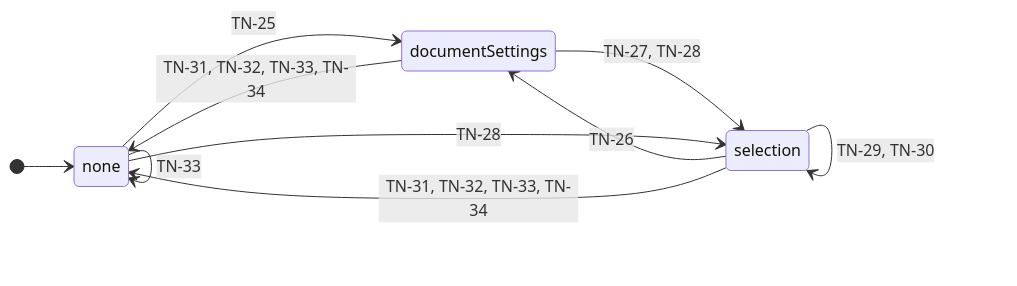
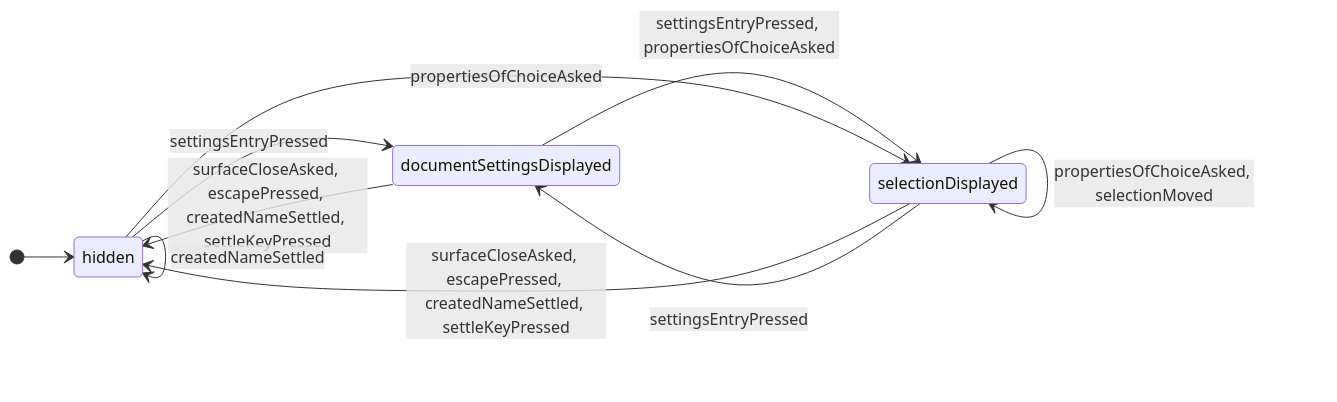
The seventh of 14 diagrams in docs/spec/_assets/tbl-state-machines.md (GoodRelax/gr-scheduler), drawn with Mermaid before and after one commit. The commit also changed other lines of this file and 22 other files, not shown here.

````diff
--- a/docs/spec/_assets/tbl-state-machines.md
+++ b/docs/spec/_assets/tbl-state-machines.md
@@ -251,16 +242,16 @@
 ```mermaid
 stateDiagram-v2
     direction LR
-    [*] --> screen_properties_none
-    screen_properties_none : none
-    screen_properties_selection : selection
-    screen_properties_documentSettings : documentSettings
-    screen_properties_none --> screen_properties_documentSettings : TN-25
-    screen_properties_selection --> screen_properties_documentSettings : TN-26
-    screen_properties_documentSettings --> screen_properties_selection : TN-27, TN-28
-    screen_properties_none --> screen_properties_selection : TN-28
-    screen_properties_selection --> screen_properties_selection : TN-29, TN-30
-    screen_properties_selection --> screen_properties_none : TN-31, TN-32, TN-33, TN-34
-    screen_properties_documentSettings --> screen_properties_none : TN-31, TN-32, TN-33, TN-34
-    screen_properties_none --> screen_properties_none : TN-33
+    [*] --> propertiesPanelContentStateMachine_hidden
+    propertiesPanelContentStateMachine_hidden : hidden
+    propertiesPanelContentStateMachine_selectionDisplayed : selectionDisplayed
+    propertiesPanelContentStateMachine_documentSettingsDisplayed : documentSettingsDisplayed
+    propertiesPanelContentStateMachine_selectionDisplayed --> propertiesPanelContentStateMachine_hidden : surfaceCloseAsked, escapePressed, createdNameSettled, settleKeyPressed
+    propertiesPanelContentStateMachine_documentSettingsDisplayed --> propertiesPanelContentStateMachine_hidden : surfaceCloseAsked, escapePressed, createdNameSettled, settleKeyPressed
+    propertiesPanelContentStateMachine_hidden --> propertiesPanelContentStateMachine_documentSettingsDisplayed : settingsEntryPressed
+    propertiesPanelContentStateMachine_selectionDisplayed --> propertiesPanelContentStateMachine_documentSettingsDisplayed : settingsEntryPressed
+    propertiesPanelContentStateMachine_documentSettingsDisplayed --> propertiesPanelContentStateMachine_selectionDisplayed : settingsEntryPressed, propertiesOfChoiceAsked
+    propertiesPanelContentStateMachine_hidden --> propertiesPanelContentStateMachine_selectionDisplayed : propertiesOfChoiceAsked
+    propertiesPanelContentStateMachine_selectionDisplayed --> propertiesPanelContentStateMachine_selectionDisplayed : propertiesOfChoiceAsked, selectionMoved
+    propertiesPanelContentStateMachine_hidden --> propertiesPanelContentStateMachine_hidden : createdNameSettled
 ```
````
